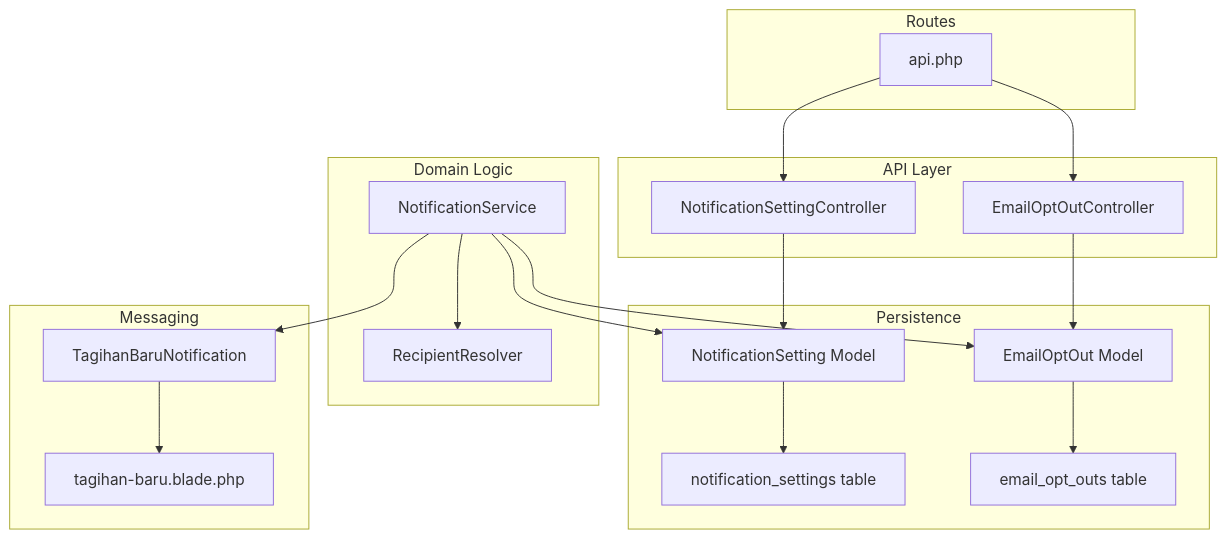
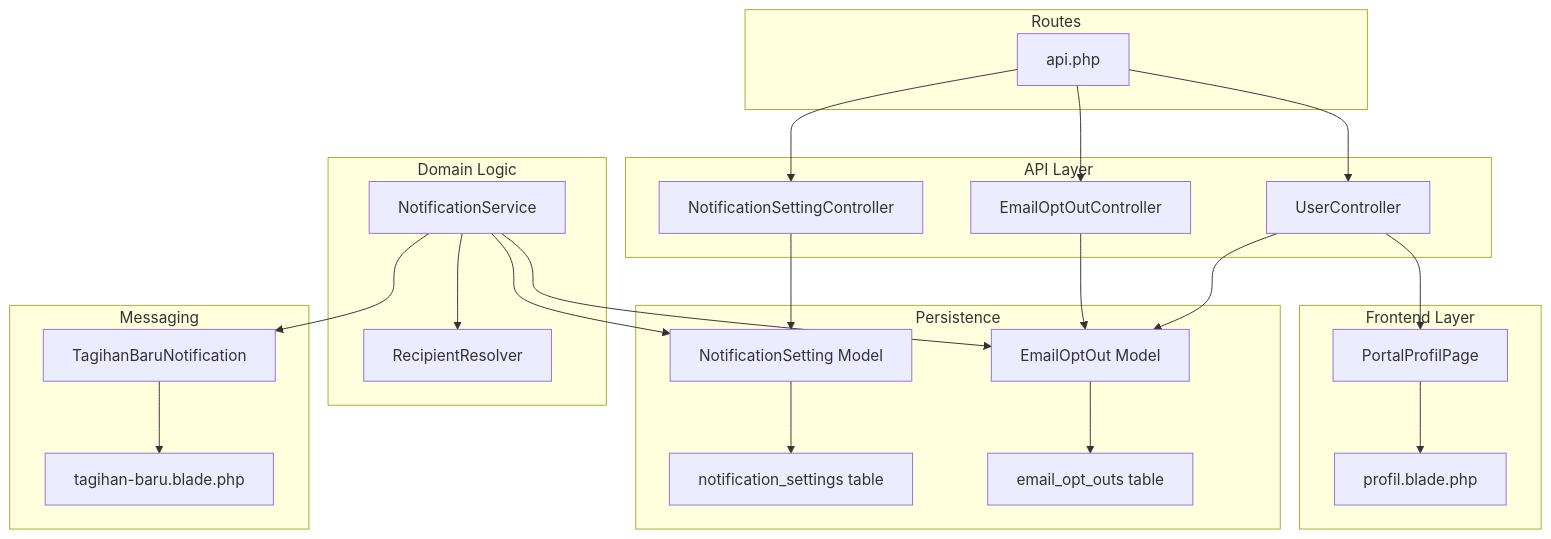
Before and after one commit to Fathurrahman-R/Manajemen-Keuangan-dan-SPP-Handayani: the first of 10 diagrams in .qoder/repowiki/en/content/Notification System/Notification Preferences & Opt-out Management.md, drawn with Mermaid. The commit also changed other lines of this file and 32 other files, not shown here.

````diff
--- a/.qoder/repowiki/en/content/Notification System/Notification Preferences & Opt-out Management.md
+++ b/.qoder/repowiki/en/content/Notification System/Notification Preferences & Opt-out Management.md
@@ -49,35 +63,44 @@
 ```mermaid
 graph TB
 subgraph "API Layer"
 NSC["NotificationSettingController"]
 EOC["EmailOptOutController"]
+UC["UserController"]
+end
+subgraph "Frontend Layer"
+FPP["PortalProfilPage"]
+PV["profil.blade.php"]
 end
 subgraph "Domain Logic"
 NSvc["NotificationService"]
 RR["RecipientResolver"]
 end
 subgraph "Persistence"
 NSet["NotificationSetting Model"]
 EO["EmailOptOut Model"]
 DB1["notification_settings table"]
 DB2["email_opt_outs table"]
 end
 subgraph "Messaging"
 NB["TagihanBaruNotification"]
 Tmpl["tagihan-baru.blade.php"]
 end
 subgraph "Routes"
 R["api.php"]
 end
 R --> NSC
 R --> EOC
+R --> UC
+UC --> FPP
+FPP --> PV
 NSC --> NSet
 EOC --> EO
+UC --> EO
 NSvc --> NSet
 NSvc --> EO
 NSvc --> RR
 NSvc --> NB
 NB --> Tmpl
 NSet --> DB1
 EO --> DB2
 ```
````
